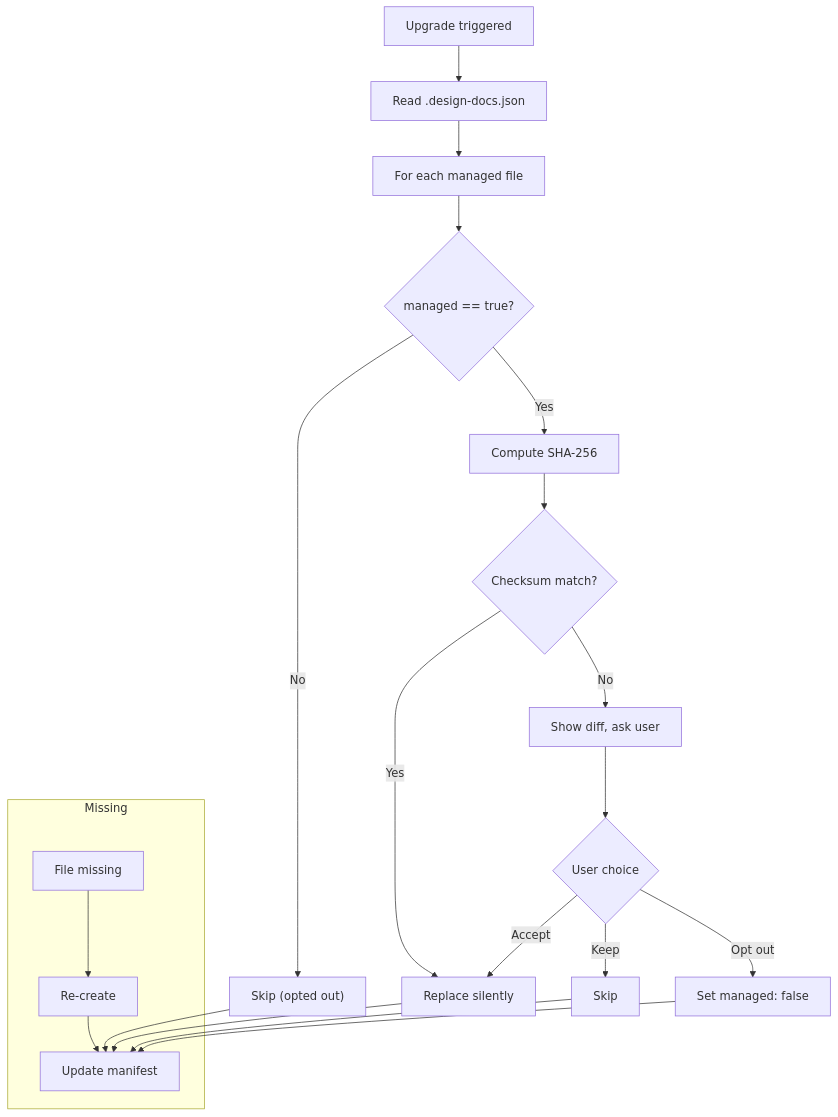
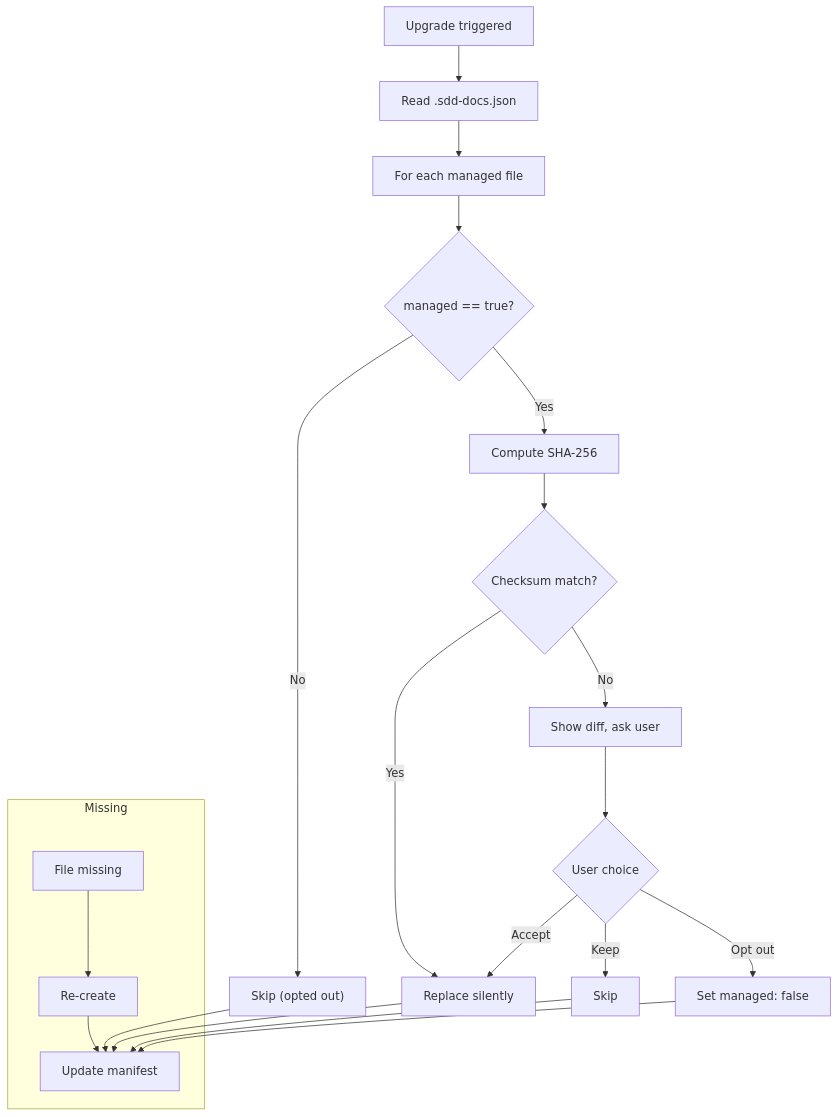
Before and after one commit to joestump/claude-plugin-design: the fourth of 4 diagrams in docs/openspec/specs/docs-generation/design.md, drawn with Mermaid. The commit also changed other lines of this file and 106 other files, not shown here.

First line of the commit message:
Rename plugin: design → sdd (Spec-Driven Development) (#75)

````diff
--- a/docs/openspec/specs/docs-generation/design.md
+++ b/docs/openspec/specs/docs-generation/design.md
@@ -234,23 +234,23 @@
 ```mermaid
 flowchart TD
-    start["Upgrade triggered"] --> read["Read .design-docs.json"]
+    start["Upgrade triggered"] --> read["Read .sdd-docs.json"]
     read --> each["For each managed file"]
     each --> opt{"managed == true?"}
     opt -->|No| skip_out["Skip (opted out)"]
     opt -->|Yes| compute["Compute SHA-256"]
     compute --> match{"Checksum match?"}
     match -->|Yes| replace["Replace silently"]
     match -->|No| diff["Show diff, ask user"]
     diff --> choice{"User choice"}
     choice -->|Accept| replace
     choice -->|Keep| skip["Skip"]
     choice -->|Opt out| set_false["Set managed: false"]
     replace --> update["Update manifest"]
     skip --> update
     skip_out --> update
     set_false --> update
     subgraph "Missing"
         missing["File missing"] --> recreate["Re-create"]
         recreate --> update
     end
 ```
````
